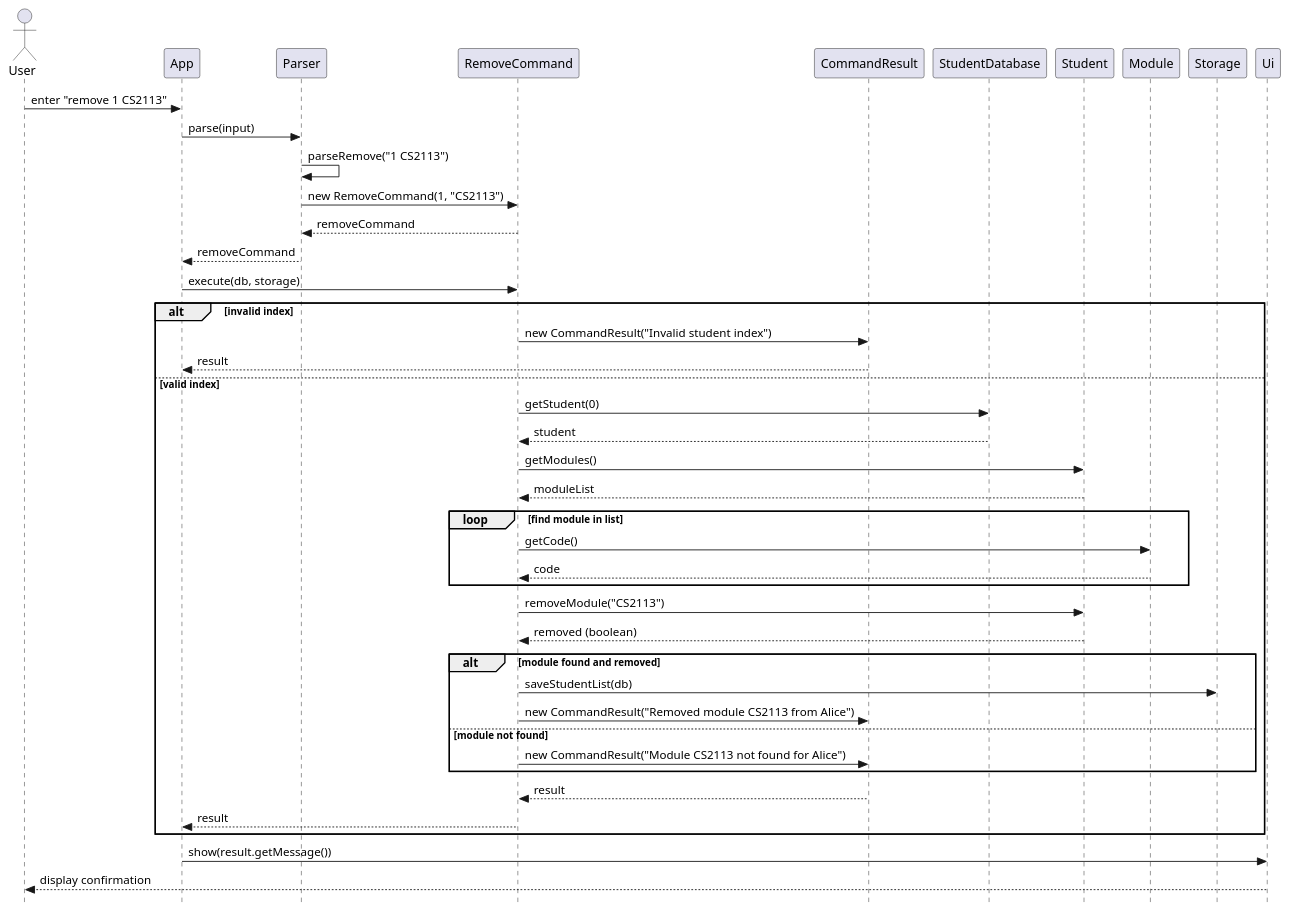
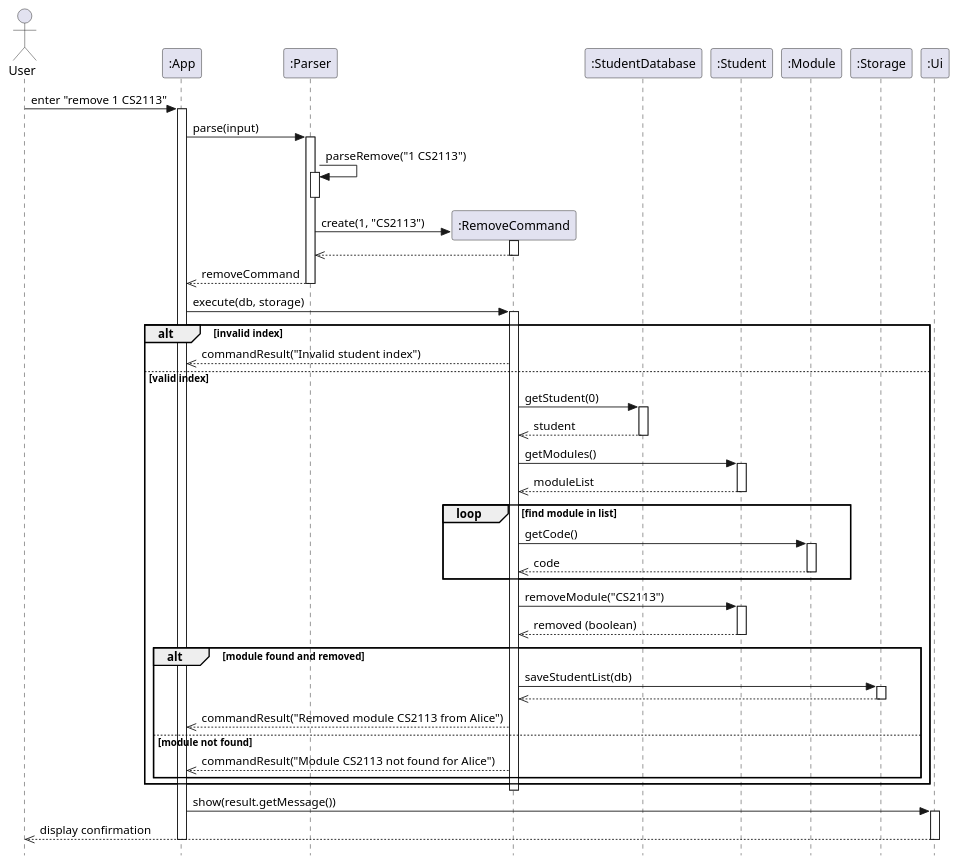
The diagram in docs/diagrams/RemoveCommandSequence.puml (AgaraNUS/tp), drawn with PlantUML before and after one commit. The commit also changed 14 other files, not shown here.

```diff
--- a/docs/diagrams/RemoveCommandSequence.puml
+++ b/docs/diagrams/RemoveCommandSequence.puml
@@ -1,43 +1,71 @@
 @startuml RemoveCommandSequence
 skinparam style strictuml
 actor User
 
+participant ":App" as App
+participant ":Parser" as Parser
+participant ":RemoveCommand" as RemoveCommand
+participant ":StudentDatabase" as StudentDatabase
+participant ":Student" as Student
+participant ":Module" as Module
+participant ":Storage" as Storage
+participant ":Ui" as Ui
+
 User -> App : enter "remove 1 CS2113"
+activate App
 App -> Parser : parse(input)
+activate Parser
 Parser -> Parser : parseRemove("1 CS2113")
-Parser -> RemoveCommand : new RemoveCommand(1, "CS2113")
-RemoveCommand --> Parser : removeCommand
-Parser --> App : removeCommand
+activate Parser
+deactivate Parser
+Parser -> RemoveCommand ** : create(1, "CS2113")
+activate RemoveCommand
+RemoveCommand -->> Parser
+deactivate RemoveCommand
+Parser -->> App : removeCommand
+deactivate Parser
 App -> RemoveCommand : execute(db, storage)
+activate RemoveCommand
 
 alt invalid index
-    RemoveCommand -> CommandResult : new CommandResult("Invalid student index")
-    CommandResult --> App : result
+    RemoveCommand -->> App : commandResult("Invalid student index")
 else valid index
     RemoveCommand -> StudentDatabase : getStudent(0)
-    StudentDatabase --> RemoveCommand : student
+    activate StudentDatabase
+    StudentDatabase -->> RemoveCommand : student
+    deactivate StudentDatabase
     RemoveCommand -> Student : getModules()
-    Student --> RemoveCommand : moduleList
+    activate Student
+    Student -->> RemoveCommand : moduleList
+    deactivate Student
 
     loop find module in list
         RemoveCommand -> Module : getCode()
-        Module --> RemoveCommand : code
+        activate Module
+        Module -->> RemoveCommand : code
+        deactivate Module
     end
 
     RemoveCommand -> Student : removeModule("CS2113")
-    Student --> RemoveCommand : removed (boolean)
+    activate Student
+    Student -->> RemoveCommand : removed (boolean)
+    deactivate Student
 
     alt module found and removed
         RemoveCommand -> Storage : saveStudentList(db)
-        RemoveCommand -> CommandResult : new CommandResult("Removed module CS2113 from Alice")
+        activate Storage
+        Storage -->> RemoveCommand
+        deactivate Storage
+        RemoveCommand -->> App : commandResult("Removed module CS2113 from Alice")
     else module not found
-        RemoveCommand -> CommandResult : new CommandResult("Module CS2113 not found for Alice")
+        RemoveCommand -->> App : commandResult("Module CS2113 not found for Alice")
     end
-
-    CommandResult --> RemoveCommand : result
-    RemoveCommand --> App : result
 end
+deactivate RemoveCommand
 
 App -> Ui : show(result.getMessage())
-Ui --> User : display confirmation
+activate Ui
+Ui -->> User : display confirmation
+deactivate Ui
+deactivate App
 @enduml
```
